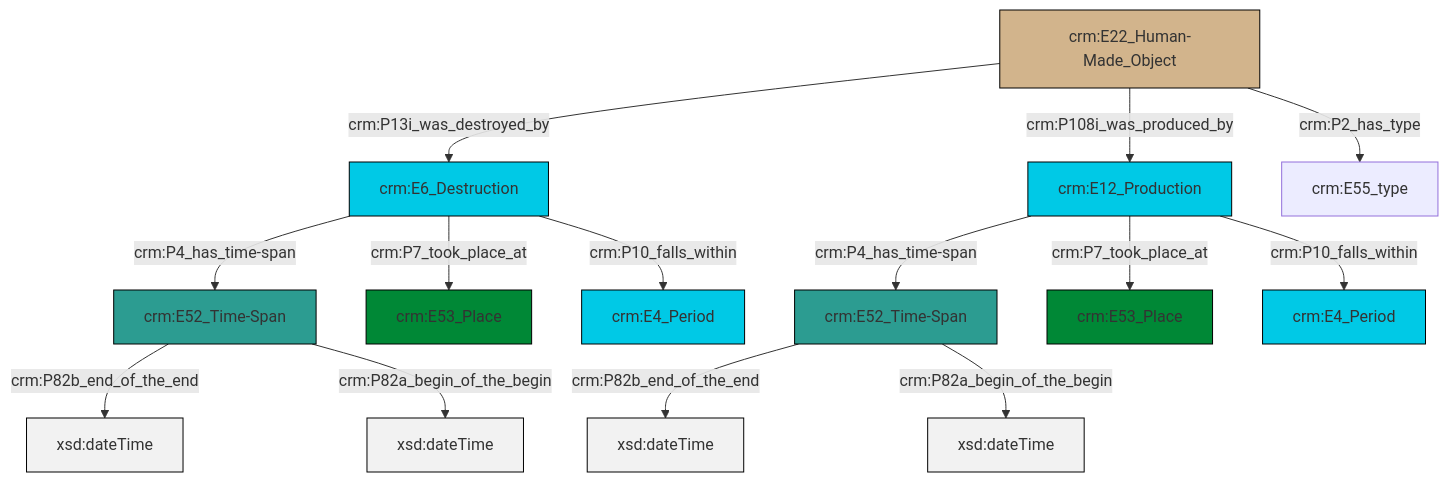
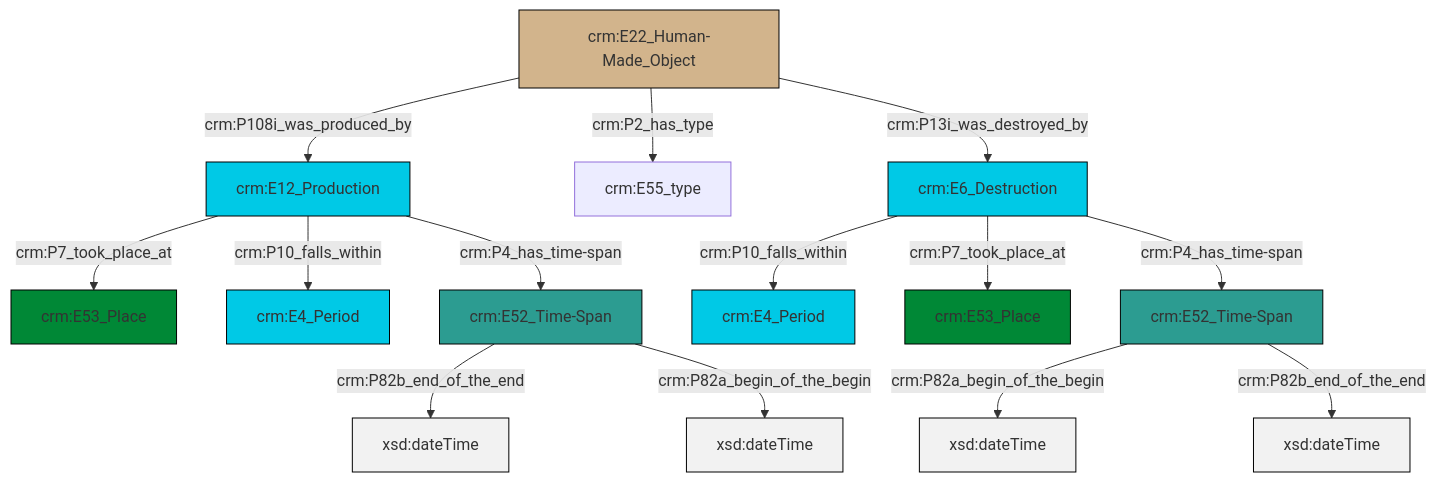
Before and after one commit to swiss-art-research-net/docs.swissartresearch: the diagram in et/artworkCSV/ttl/mmd/Artwork_Existence.ttl.mmd, drawn with Mermaid. The commit also changed 211 other files, not shown here.

```diff
--- a/et/artworkCSV/ttl/mmd/Artwork_Existence.ttl.mmd
+++ b/et/artworkCSV/ttl/mmd/Artwork_Existence.ttl.mmd
@@ -1,28 +1,28 @@
 graph TD
 classDef Literal fill:#f2f2f2,stroke:#000000;
 classDef CRM_Entity fill:#FFFFFF,stroke:#000000;
 classDef Temporal_Entity fill:#00C9E6, stroke:#000000;
 classDef Type fill:#E18312, stroke:#000000;
 classDef Time-Span fill:#2C9C91, stroke:#000000;
 classDef Appellation fill:#FFEB7F, stroke:#000000;
 classDef Place fill:#008836, stroke:#000000;
 classDef Persistent_Item fill:#B266B2, stroke:#000000;
 classDef Conceptual_Object fill:#FFD700, stroke:#000000;
 classDef Physical_Thing fill:#D2B48C, stroke:#000000;
 classDef Actor fill:#f58aad, stroke:#000000;
 classDef PC_Classes fill:#4ce600, stroke:#000000;
 classDef Multi fill:#cccccc,stroke:#000000;
 
-0["crm:E12_Production"]:::Temporal_Entity -->|crm:P4_has_time-span| 1["crm:E52_Time-Span"]:::Time-Span
-4["crm:E52_Time-Span"]:::Time-Span -->|crm:P82b_end_of_the_end| 5[xsd:dateTime]:::Literal
-0["crm:E12_Production"]:::Temporal_Entity -->|crm:P7_took_place_at| 9["crm:E53_Place"]:::Place
-1["crm:E52_Time-Span"]:::Time-Span -->|crm:P82b_end_of_the_end| 11[xsd:dateTime]:::Literal
-14["crm:E22_Human-Made_Object"]:::Physical_Thing -->|crm:P13i_was_destroyed_by| 15["crm:E6_Destruction"]:::Temporal_Entity
-15["crm:E6_Destruction"]:::Temporal_Entity -->|crm:P4_has_time-span| 4["crm:E52_Time-Span"]:::Time-Span
-1["crm:E52_Time-Span"]:::Time-Span -->|crm:P82a_begin_of_the_begin| 17[xsd:dateTime]:::Literal
-0["crm:E12_Production"]:::Temporal_Entity -->|crm:P10_falls_within| 6["crm:E4_Period"]:::Temporal_Entity
-15["crm:E6_Destruction"]:::Temporal_Entity -->|crm:P7_took_place_at| 12["crm:E53_Place"]:::Place
-4["crm:E52_Time-Span"]:::Time-Span -->|crm:P82a_begin_of_the_begin| 21[xsd:dateTime]:::Literal
-14["crm:E22_Human-Made_Object"]:::Physical_Thing -->|crm:P108i_was_produced_by| 0["crm:E12_Production"]:::Temporal_Entity
-15["crm:E6_Destruction"]:::Temporal_Entity -->|crm:P10_falls_within| 19["crm:E4_Period"]:::Temporal_Entity
-14["crm:E22_Human-Made_Object"]:::Physical_Thing -->|crm:P2_has_type| 2["crm:E55_type"]:::Default
+0["crm:E12_Production"]:::Temporal_Entity -->|crm:P7_took_place_at| 1["crm:E53_Place"]:::Place
+9["crm:E6_Destruction"]:::Temporal_Entity -->|crm:P10_falls_within| 10["crm:E4_Period"]:::Temporal_Entity
+4["crm:E52_Time-Span"]:::Time-Span -->|crm:P82b_end_of_the_end| 12[xsd:dateTime]:::Literal
+0["crm:E12_Production"]:::Temporal_Entity -->|crm:P10_falls_within| 15["crm:E4_Period"]:::Temporal_Entity
+2["crm:E22_Human-Made_Object"]:::Physical_Thing -->|crm:P108i_was_produced_by| 0["crm:E12_Production"]:::Temporal_Entity
+4["crm:E52_Time-Span"]:::Time-Span -->|crm:P82a_begin_of_the_begin| 16[xsd:dateTime]:::Literal
+2["crm:E22_Human-Made_Object"]:::Physical_Thing -->|crm:P2_has_type| 13["crm:E55_type"]:::Default
+9["crm:E6_Destruction"]:::Temporal_Entity -->|crm:P7_took_place_at| 7["crm:E53_Place"]:::Place
+9["crm:E6_Destruction"]:::Temporal_Entity -->|crm:P4_has_time-span| 17["crm:E52_Time-Span"]:::Time-Span
+17["crm:E52_Time-Span"]:::Time-Span -->|crm:P82a_begin_of_the_begin| 18[xsd:dateTime]:::Literal
+2["crm:E22_Human-Made_Object"]:::Physical_Thing -->|crm:P13i_was_destroyed_by| 9["crm:E6_Destruction"]:::Temporal_Entity
+17["crm:E52_Time-Span"]:::Time-Span -->|crm:P82b_end_of_the_end| 20[xsd:dateTime]:::Literal
+0["crm:E12_Production"]:::Temporal_Entity -->|crm:P4_has_time-span| 4["crm:E52_Time-Span"]:::Time-Span
```
